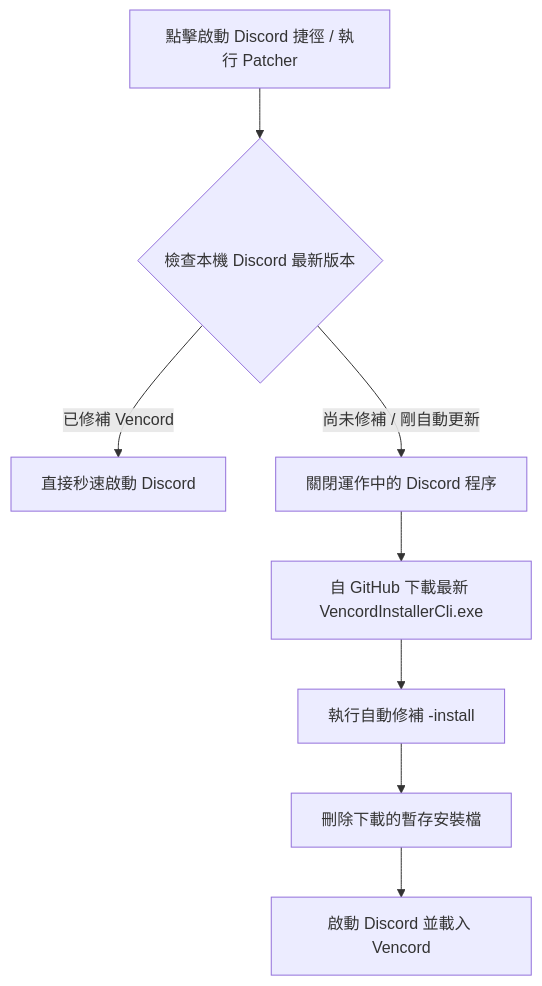
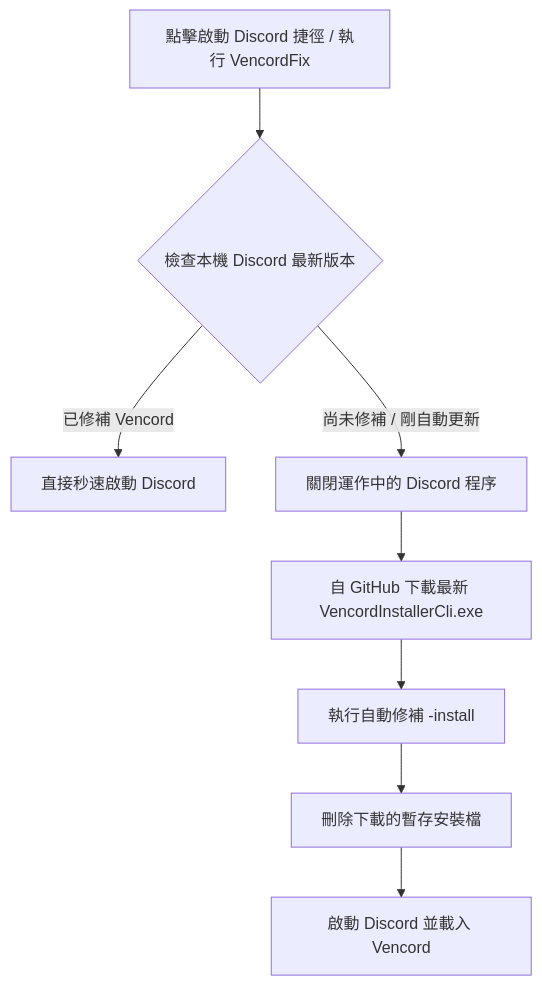
The diagram in README.md (eclipse999/VencordFix), drawn with Mermaid before and after one commit. The commit also changed other lines of this file and 17 other files, not shown here.

````diff
--- a/README.md
+++ b/README.md
@@ -58,10 +58,10 @@
 ```mermaid
 graph TD
-    A[點擊啟動 Discord 捷徑 / 執行 Patcher] --> B{檢查本機 Discord 最新版本}
+    A[點擊啟動 Discord 捷徑 / 執行 VencordFix] --> B{檢查本機 Discord 最新版本}
     B -->|已修補 Vencord| C[直接秒速啟動 Discord]
     B -->|尚未修補 / 剛自動更新| D[關閉運作中的 Discord 程序]
     D --> E[自 GitHub 下載最新 VencordInstallerCli.exe]
     E --> F[執行自動修補 -install]
     F --> G[刪除下載的暫存安裝檔]
     G --> H[啟動 Discord 並載入 Vencord]
 ```
````
